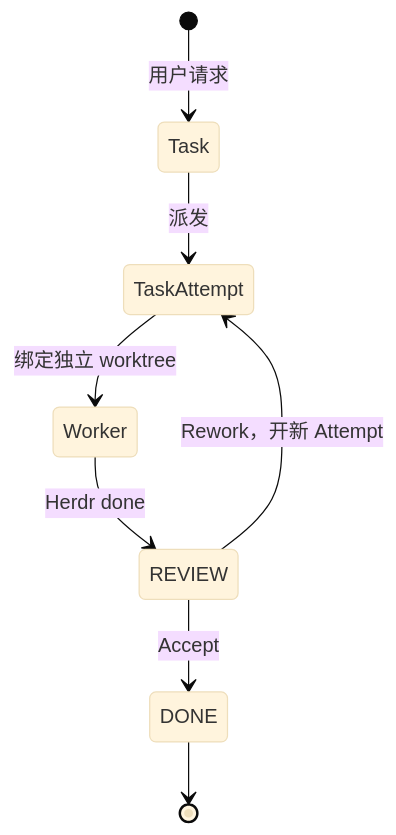
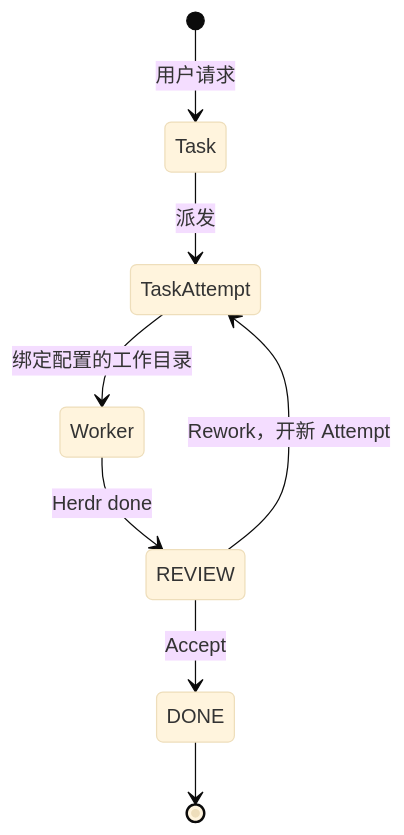
The second of 2 diagrams in README.md (lora-sys/Glassbox-Agent-Harness), drawn with Mermaid (base theme) before and after one commit. The commit also changed other lines of this file and 1 other file, not shown here.

Commit message:
docs(ops): clarify configured worktree isolation boundary

````diff
--- a/README.md
+++ b/README.md
@@ -95,10 +95,10 @@
 ```mermaid
 stateDiagram-v2
     [*] --> Task: 用户请求
     Task --> TaskAttempt: 派发
-    TaskAttempt --> Worker: 绑定独立 worktree
+    TaskAttempt --> Worker: 绑定配置的工作目录
     Worker --> REVIEW: Herdr done
     REVIEW --> DONE: Accept
     REVIEW --> TaskAttempt: Rework，开新 Attempt
     DONE --> [*]
 ```
````
